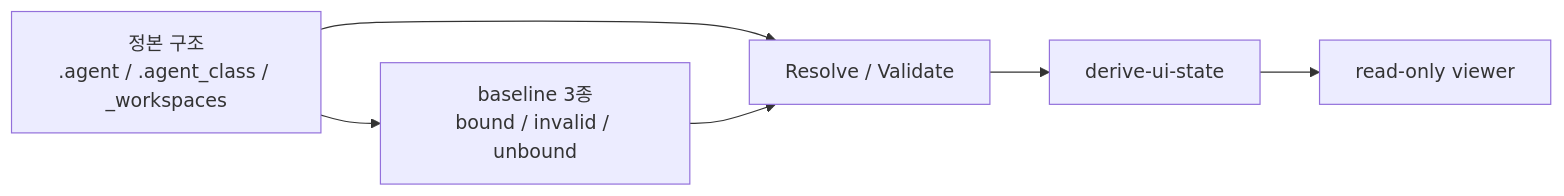
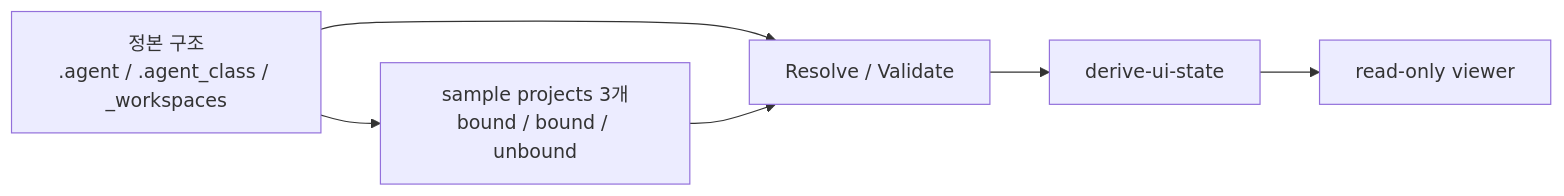
Before and after one commit to SungYongMOON/soulforge: the diagram in docs/architecture/V1_CLOSEOUT_CHECKLIST.md, drawn with Mermaid. The commit also changed other lines of this file and 54 other files, not shown here.

````diff
--- a/docs/architecture/V1_CLOSEOUT_CHECKLIST.md
+++ b/docs/architecture/V1_CLOSEOUT_CHECKLIST.md
@@ -10,8 +10,8 @@
 ```mermaid
 flowchart LR
   SRC["정본 구조<br/>.agent / .agent_class / _workspaces"] --> R["Resolve / Validate"]
   R --> D["derive-ui-state"]
   D --> V["read-only viewer"]
-  SRC --> B["baseline 3종<br/>bound / invalid / unbound"]
+  SRC --> B["sample projects 3개<br/>bound / bound / unbound"]
   B --> R
 ```
````
